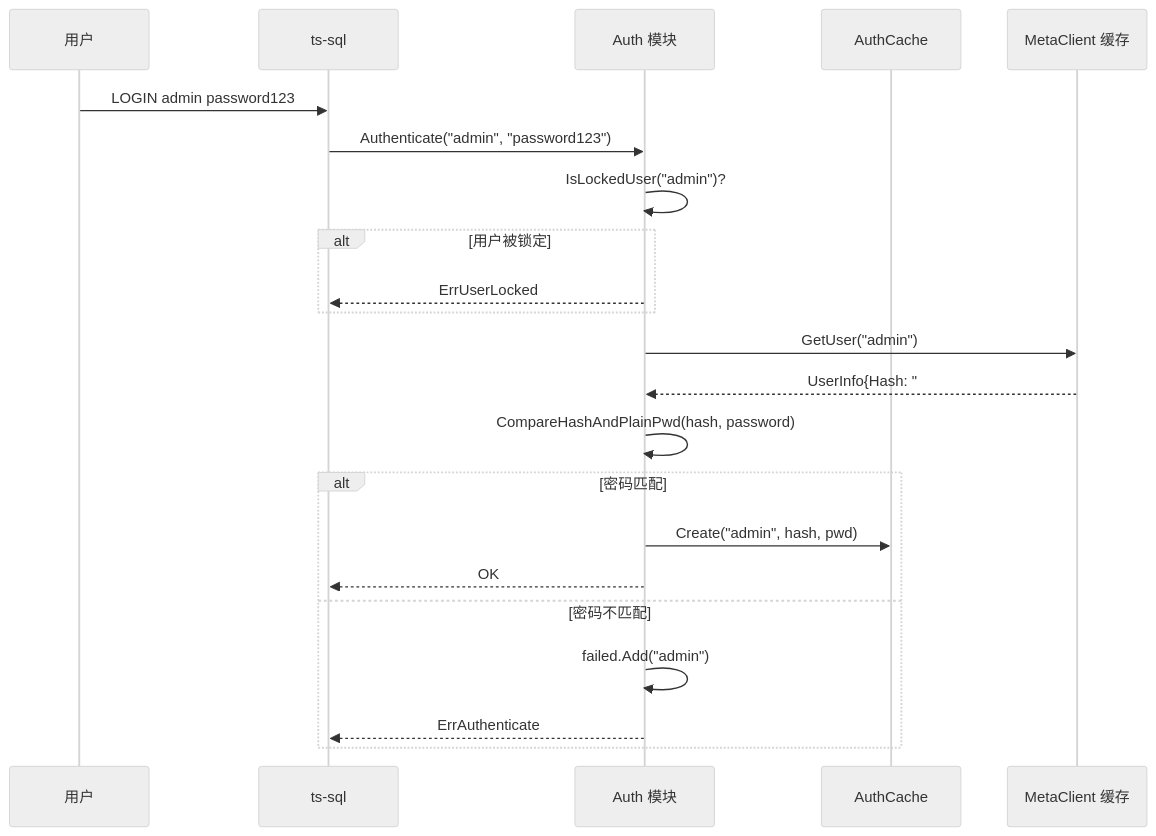
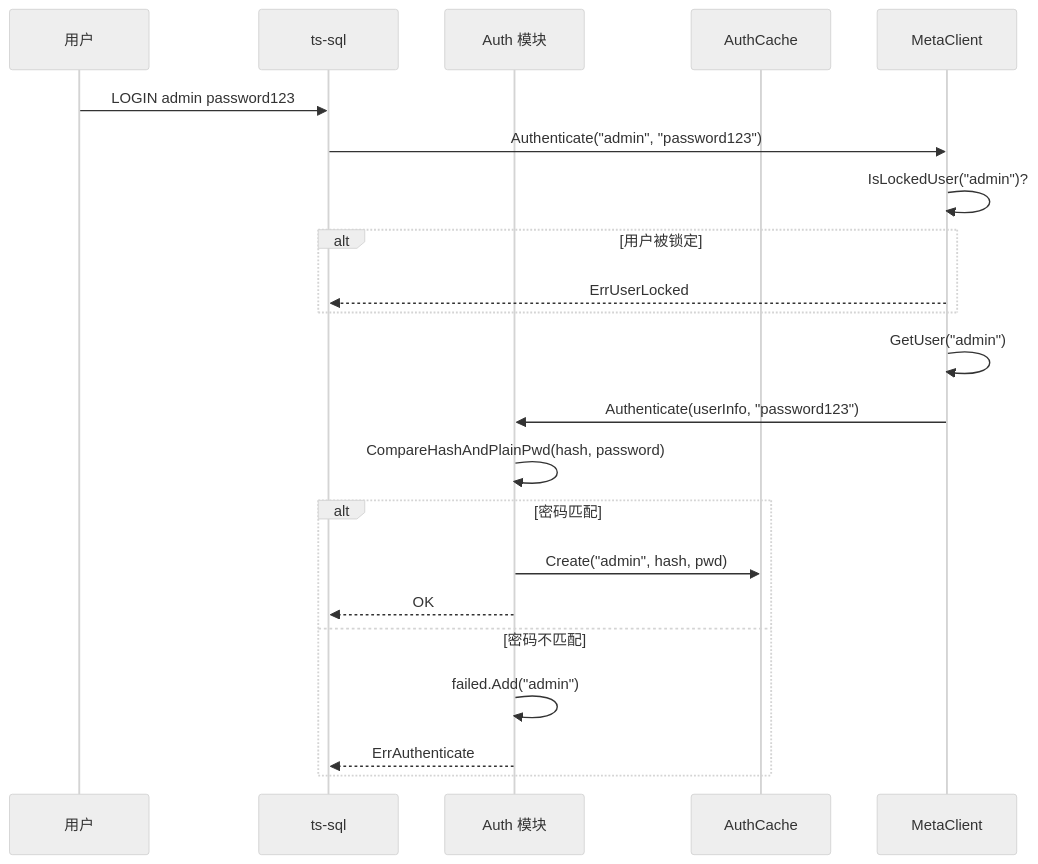
One commit to stefanv5/openGemini changed diagram 14 of 18 in docs/specs/30_metaclient_spec.md. Above: the diagram before and after it, drawn with Mermaid (neutral theme). The commit also changed other lines of this file and 37 other files, not shown here.

````diff
--- a/docs/specs/30_metaclient_spec.md
+++ b/docs/specs/30_metaclient_spec.md
@@ -1336,28 +1372,27 @@
 ```mermaid
 sequenceDiagram
     participant User as 用户
     participant SQL as ts-sql
     participant Auth as Auth 模块
     participant Cache as AuthCache
-    participant Meta as MetaClient 缓存
+    participant Meta as MetaClient
 
     User->>SQL: LOGIN admin password123
-    SQL->>Auth: Authenticate("admin", "password123")
-
-    Auth->>Auth: IsLockedUser("admin")?
+    SQL->>Meta: Authenticate("admin", "password123")
+    Meta->>Meta: IsLockedUser("admin")?
     alt 用户被锁定
-        Auth-->>SQL: ErrUserLocked
+        Meta-->>SQL: ErrUserLocked
     end
 
-    Auth->>Meta: GetUser("admin")
-    Meta-->>Auth: UserInfo{Hash: "#Ver:002#..."}
+    Meta->>Meta: GetUser("admin")
+    Meta->>Auth: Authenticate(userInfo, "password123")
     Auth->>Auth: CompareHashAndPlainPwd(hash, password)
 
     alt 密码匹配
         Auth->>Cache: Create("admin", hash, pwd)
         Auth-->>SQL: OK
     else 密码不匹配
         Auth->>Auth: failed.Add("admin")
         Auth-->>SQL: ErrAuthenticate
     end
 ```
````
